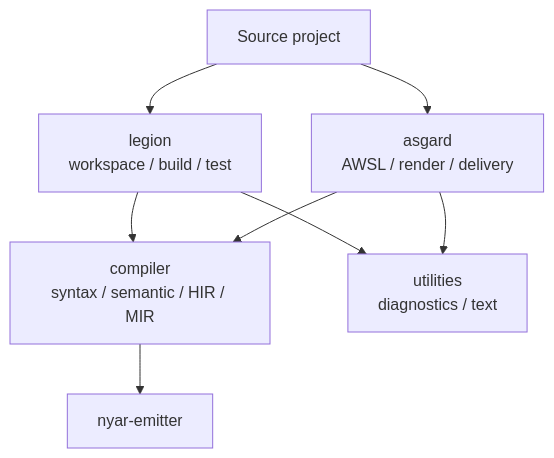
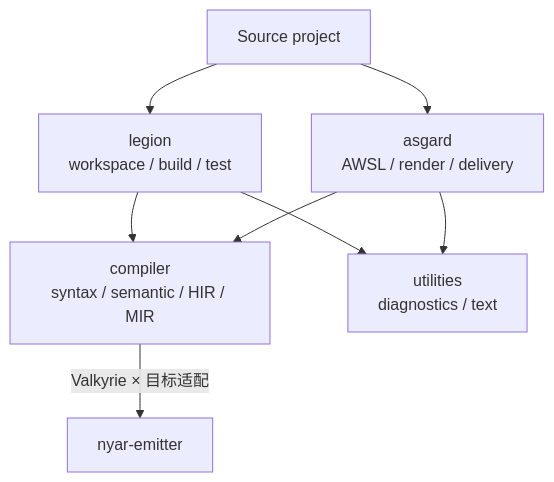
The diagram in projects/nyar.rs/languages/rusty-valkyrie/src/readme.md (nyar-vm/nyar-vm), drawn with Mermaid before and after one commit. The commit also changed other lines of this file and 7 other files, not shown here.

Commit message:
📝 Align Valkyrie compiler documentation with target ownership

````diff
--- a/projects/nyar.rs/languages/rusty-valkyrie/src/readme.md
+++ b/projects/nyar.rs/languages/rusty-valkyrie/src/readme.md
@@ -5,17 +5,17 @@
 ```mermaid
 flowchart TB
   source[Source project]
   legion[legion\nworkspace / build / test]
   asgard[asgard\nAWSL / render / delivery]
   compiler[compiler\nsyntax / semantic / HIR / MIR]
   utilities[utilities\ndiagnostics / text]
   emitter[nyar-emitter]
 
   source --> legion
   source --> asgard
   legion --> compiler
   asgard --> compiler
-  compiler --> emitter
+  compiler -->|Valkyrie × 目标适配| emitter
   legion --> utilities
   asgard --> utilities
 ```
````
